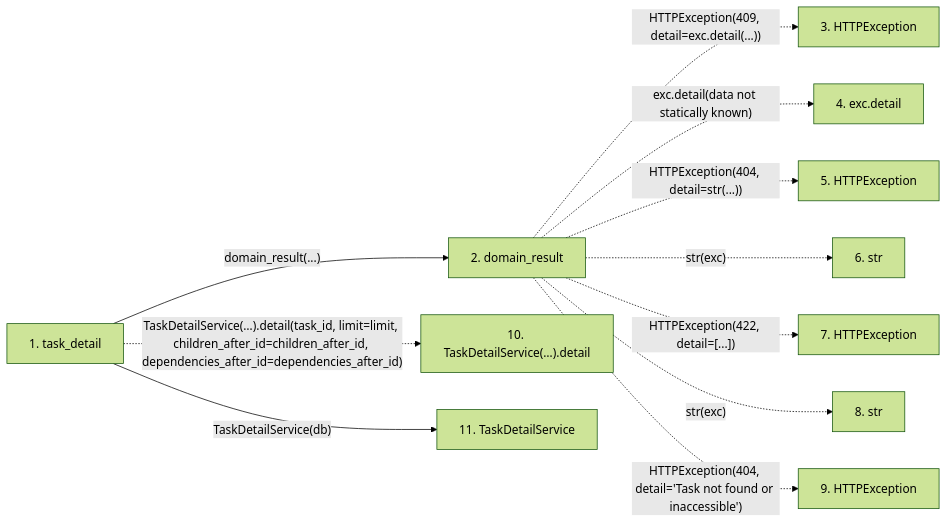
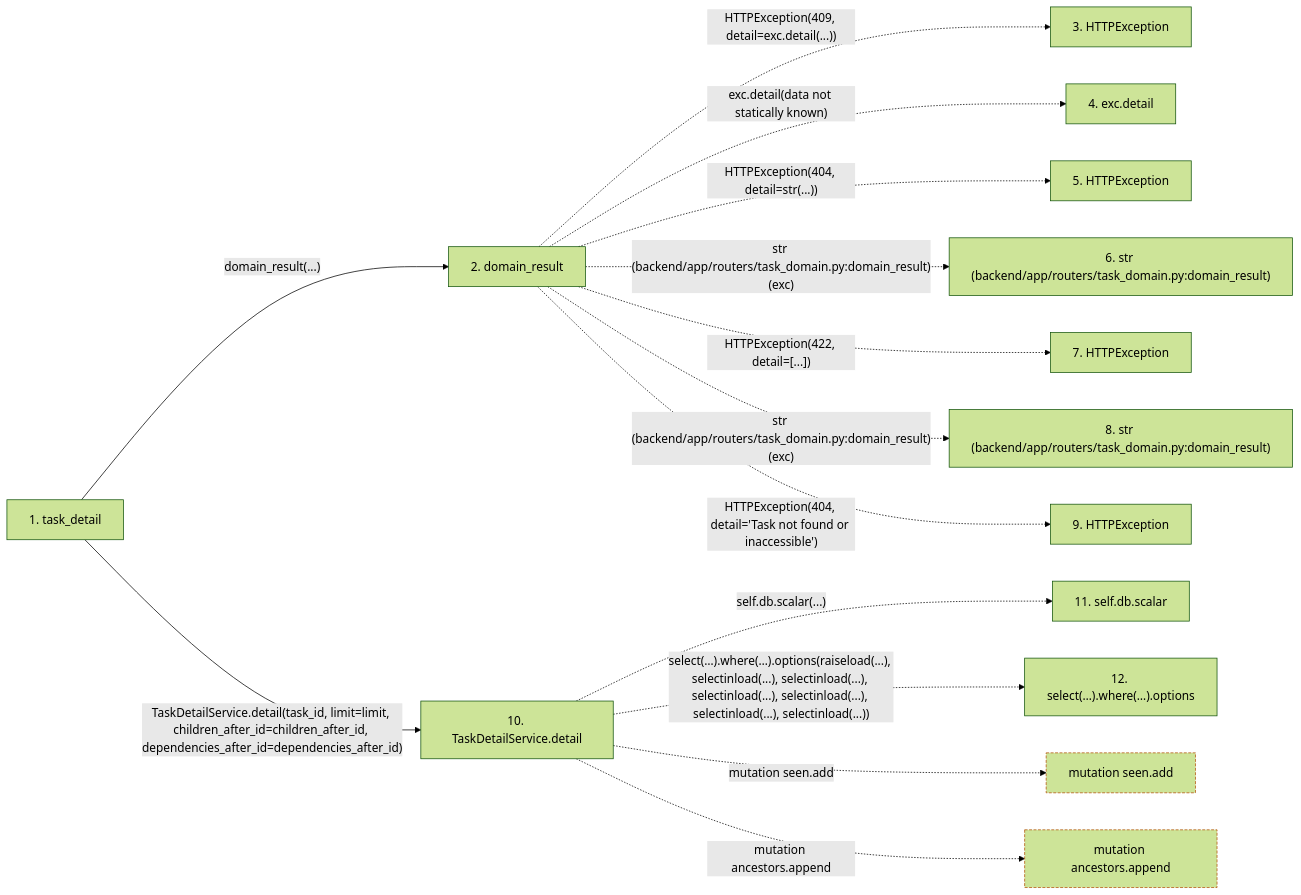
One commit to Denissvgn/WorkChord changed the second of 2 diagrams in docs/llm_wiki/flows/http-task_detail.md. Above: the diagram before and after it, drawn with Mermaid (forest theme). The commit also changed other lines of this file and 25171 other files, not shown here.

````diff
--- a/docs/llm_wiki/flows/http-task_detail.md
+++ b/docs/llm_wiki/flows/http-task_detail.md
@@ -34,27 +143,36 @@
 ```mermaid
 flowchart LR
     s1["1. task_detail"]
     s2["2. domain_result"]
     s3["3. HTTPException"]
     s4["4. exc.detail"]
     s5["5. HTTPException"]
-    s6["6. str"]
+    s6["6. str (backend/app/routers/task_domain.py:domain_result)"]
     s7["7. HTTPException"]
-    s8["8. str"]
+    s8["8. str (backend/app/routers/task_domain.py:domain_result)"]
     s9["9. HTTPException"]
-    s10["10. TaskDetailService(…).detail"]
-    s11["11. TaskDetailService"]
+    s10["10. TaskDetailService.detail"]
+    s11["11. self.db.scalar"]
+    s12["12. select(…).where(…).options"]
     s1 -->|"domain_result(...)"| s2
     s2 -. "HTTPException(409, detail=exc.detail(...))" .-> s3
     s2 -. "exc.detail(data not statically known)" .-> s4
     s2 -. "HTTPException(404, detail=str(...))" .-> s5
-    s2 -. "str(exc)" .-> s6
+    s2 -. "str (backend/app/routers/task_domain.py:domain_result)(exc)" .-> s6
     s2 -. "HTTPException(422, detail=[...])" .-> s7
-    s2 -. "str(exc)" .-> s8
+    s2 -. "str (backend/app/routers/task_domain.py:domain_result)(exc)" .-> s8
     s2 -. "HTTPException(404, detail='Task not found or inaccessible')" .-> s9
-    s1 -. "TaskDetailService(…).detail(task_id, limit=limit, children_after_id=children_after_id, dependencies_after_id=dependencies_after_id)" .-> s10
-    s1 -->|"TaskDetailService(db)"| s11
+    s1 -->|"TaskDetailService.detail(task_id, limit=limit, children_after_id=children_after_id, dependencies_after_id=dependencies_after_id)"| s10
+    s10 -. "self.db.scalar(...)" .-> s11
+    s10 -. "select(…).where(…).options(raiseload(...), selectinload(...), selectinload(...), selectinload(...), selectinload(...), selectinload(...), selectinload(...))" .-> s12
+    b0["mutation seen.add"]
+    s10 -. "mutation seen.add" .-> b0
+    b1["mutation ancestors.append"]
+    s10 -. "mutation ancestors.append" .-> b1
     click s1 "../modules/routers_task_domain.md"
     click s2 "../modules/routers_task_domain.md"
-    click s11 "../modules/task_detail_service.md"
+    click s10 "../modules/task_detail_service.md"
+    classDef boundary stroke:#b45309,stroke-dasharray: 4 2
+    class b0 boundary
+    class b1 boundary
 ```
````
